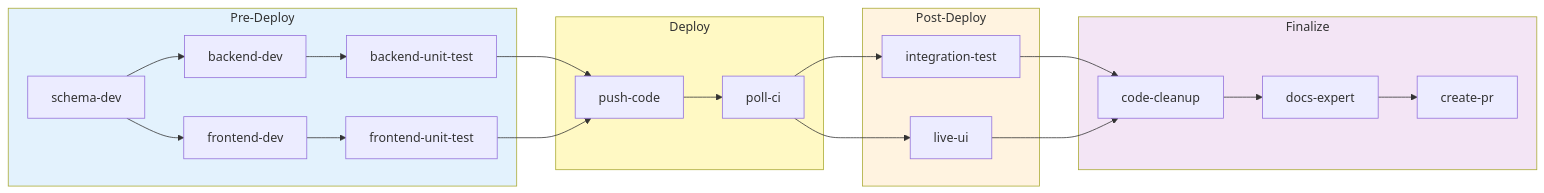
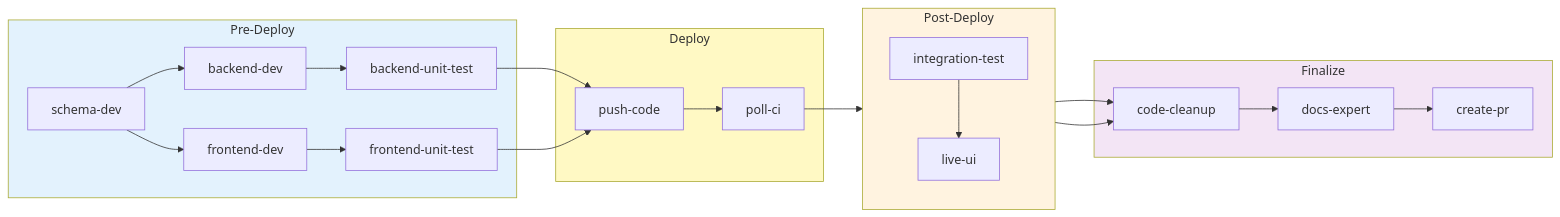
Before and after one commit to RomanKaliupinMelonusa/DAGent-t: the diagram in .github/AGENTIC-WORKFLOW.md, drawn with Mermaid. The commit also changed other lines of this file and 18 other files, not shown here.

````diff
--- a/.github/AGENTIC-WORKFLOW.md
+++ b/.github/AGENTIC-WORKFLOW.md
@@ -115,30 +115,31 @@
 ```mermaid
 flowchart LR
     subgraph PRE["Pre-Deploy"]
         SD["schema-dev"] --> BD["backend-dev"] & FD["frontend-dev"]
         BD --> BUT["backend-unit-test"]
         FD --> FUT["frontend-unit-test"]
     end
 
     subgraph DEP["Deploy"]
         PC["push-code"] --> PCI["poll-ci"]
     end
 
     subgraph POST["Post-Deploy"]
+        direction TB
         IT["integration-test"]
-        LU["live-ui"]
+        IT --> LU["live-ui"]
     end
 
     subgraph FIN["Finalize"]
         CC["code-cleanup"] --> DE["docs-expert"] --> PR["create-pr"]
     end
 
     BUT & FUT --> PC
-    PCI --> IT & LU
+    PCI --> IT
     IT & LU --> CC
 
     style PRE fill:#e3f2fd
     style DEP fill:#fff9c4
     style POST fill:#fff3e0
     style FIN fill:#f3e5f5
 ```
````
